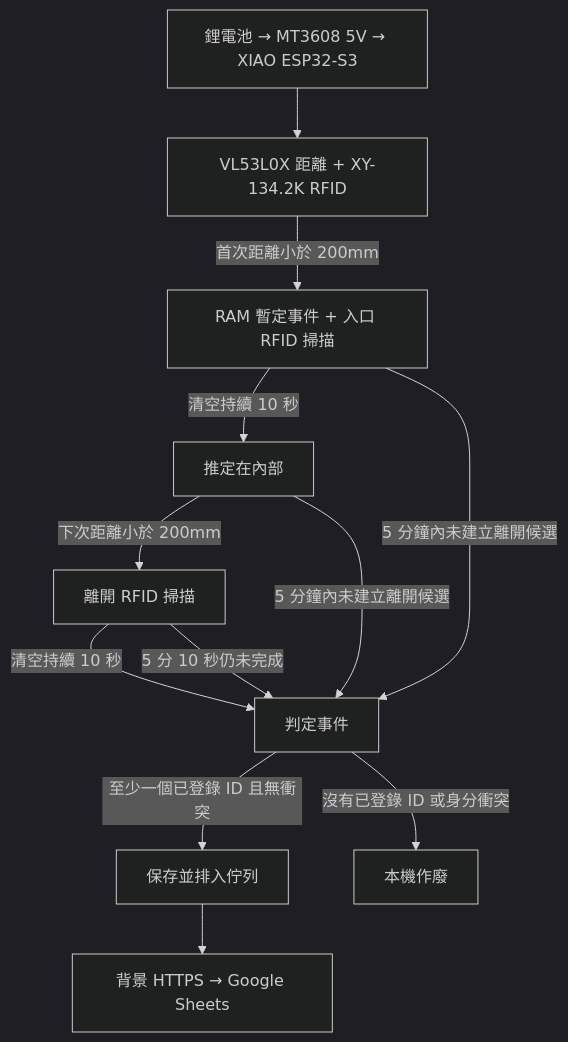
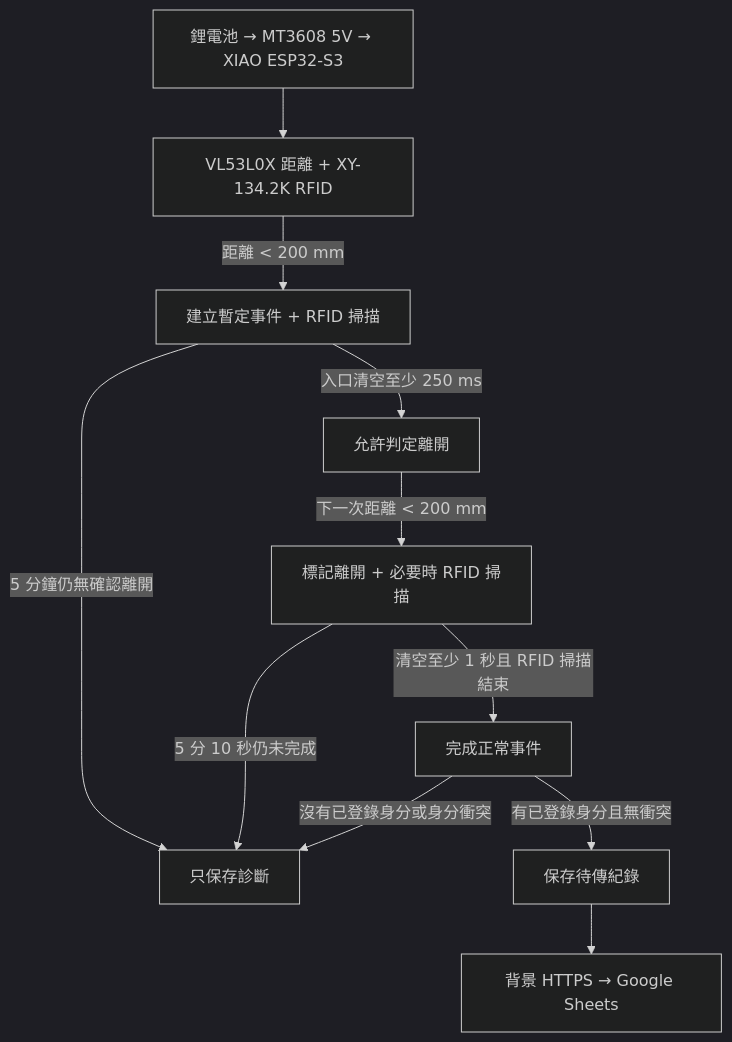
The diagram in README.zh-TW.md (ziv50109/smart-litter-cabinet), drawn with Mermaid (dark theme) before and after one commit. The commit also changed other lines of this file and 7 other files, not shown here.

````diff
--- a/README.zh-TW.md
+++ b/README.zh-TW.md
@@ -11,14 +11,13 @@
 ```mermaid
 flowchart TD
     Power[鋰電池 → MT3608 5V → XIAO ESP32-S3] --> Sensors[VL53L0X 距離 + XY-134.2K RFID]
-    Sensors -->|首次距離小於 200mm| Visit[RAM 暫定事件 + 入口 RFID 掃描]
-    Visit -->|清空持續 10 秒| Inside[推定在內部]
-    Inside -->|下次距離小於 200mm| Exit[離開 RFID 掃描]
-    Exit -->|清空持續 10 秒| Resolve[判定事件]
-    Visit -->|5 分鐘內未建立離開候選| Resolve
-    Inside -->|5 分鐘內未建立離開候選| Resolve
-    Exit -->|5 分 10 秒仍未完成| Resolve
-    Resolve -->|至少一個已登錄 ID 且無衝突| Queue[保存並排入佇列]
-    Resolve -->|沒有已登錄 ID 或身分衝突| Discard[本機作廢]
+    Sensors -->|距離 < 200 mm| Entry[建立暫定事件 + RFID 掃描]
+    Entry -->|入口清空至少 250 ms| Armed[允許判定離開]
+    Armed -->|下一次距離 < 200 mm| Exit[標記離開 + 必要時 RFID 掃描]
+    Exit -->|清空至少 1 秒且 RFID 掃描結束| Resolve[完成正常事件]
+    Entry -->|5 分鐘仍無確認離開| Diagnostic[只保存診斷]
+    Exit -->|5 分 10 秒仍未完成| Diagnostic
+    Resolve -->|有已登錄身分且無衝突| Queue[保存待傳紀錄]
+    Resolve -->|沒有已登錄身分或身分衝突| Diagnostic
     Queue --> Sheets[背景 HTTPS → Google Sheets]
 ```
````
